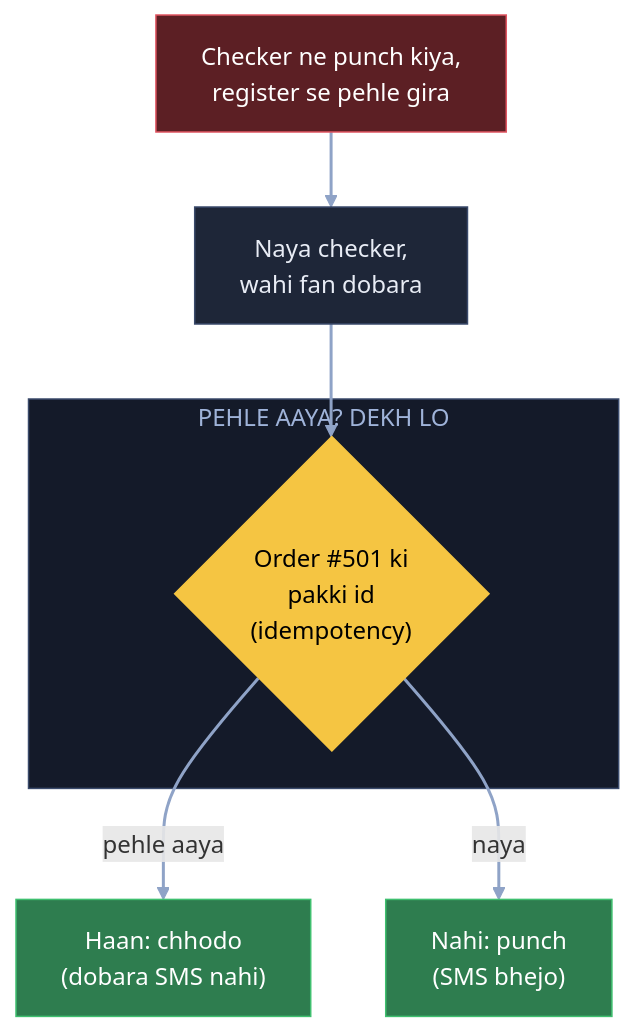
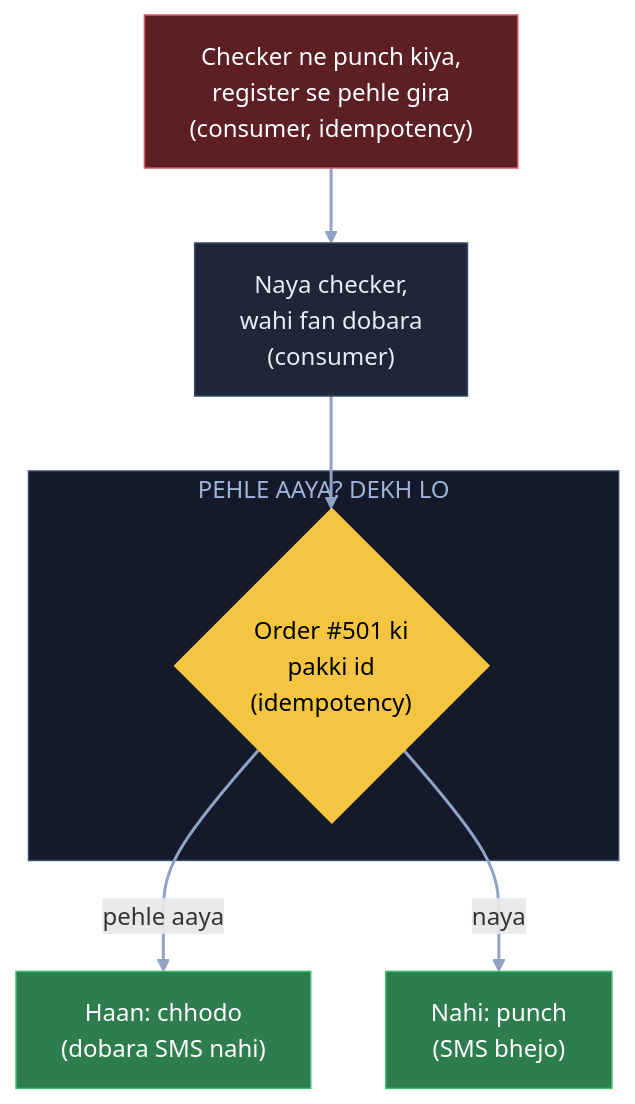
One commit to ArpanMaheshwari144/Prep changed the sixth of 11 diagrams in 04_HLD/SYSTEM_DESIGNS/12_message_queue_kafka/12_message_queue_kafka.md. Above: the diagram before and after it, drawn with Mermaid. The commit also changed other lines of this file and 22 other files, not shown here.

Commit message:
Diagram: sirf kahani ke dohraaye shabd pe bracket, us jagah notes wala matlab (207 label)

````diff
--- a/04_HLD/SYSTEM_DESIGNS/12_message_queue_kafka/12_message_queue_kafka.md
+++ b/04_HLD/SYSTEM_DESIGNS/12_message_queue_kafka/12_message_queue_kafka.md
@@ -273,20 +273,20 @@
 ```mermaid
 flowchart TB
-    C["Checker ne punch kiya,<br/>register se pehle gira"]:::bad
-    N["Naya checker,<br/>wahi fan dobara"]:::card
+    C["Checker ne punch kiya,<br/>register se pehle gira<br/>(consumer, idempotency)"]:::bad
+    N["Naya checker,<br/>wahi fan dobara<br/>(consumer)"]:::card
     subgraph PA["PEHLE AAYA? DEKH LO"]
         I{"Order #501 ki<br/>pakki id<br/>(idempotency)"}:::pill
     end
     X["Haan: chhodo<br/>(dobara SMS nahi)"]:::good
     Y["Nahi: punch<br/>(SMS bhejo)"]:::good
     C --> N
     N --> I
     I -- "pehle aaya" --> X
     I -- "naya" --> Y
     linkStyle default stroke:#8fa3c7,stroke-width:2px
     classDef card fill:#1e2638,stroke:#3a4a6b,color:#e8ecf5
     classDef pill fill:#f5c542,stroke:#f5c542,color:#000
     classDef good fill:#2e7d4f,stroke:#3fbf6f,color:#fff
     classDef bad fill:#5c1f24,stroke:#e05561,color:#fff
     style PA fill:#141a29,stroke:#3a4a6b,color:#9fb3d9
 ```
````
